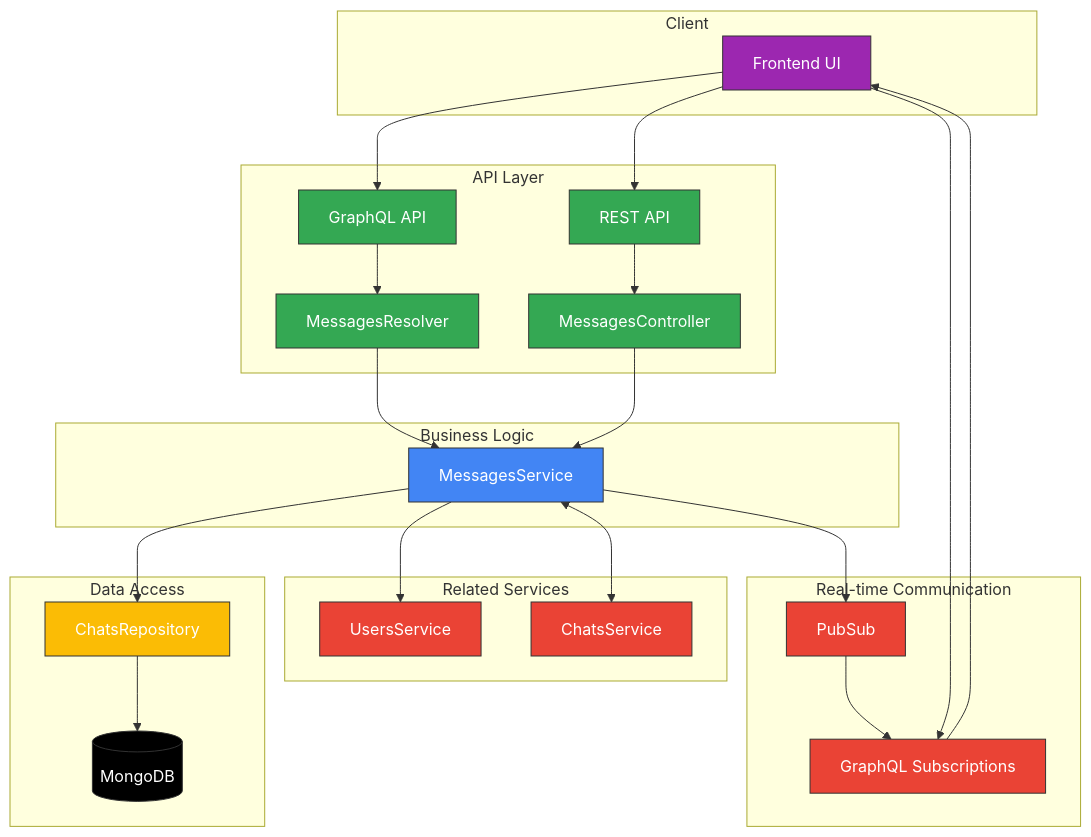
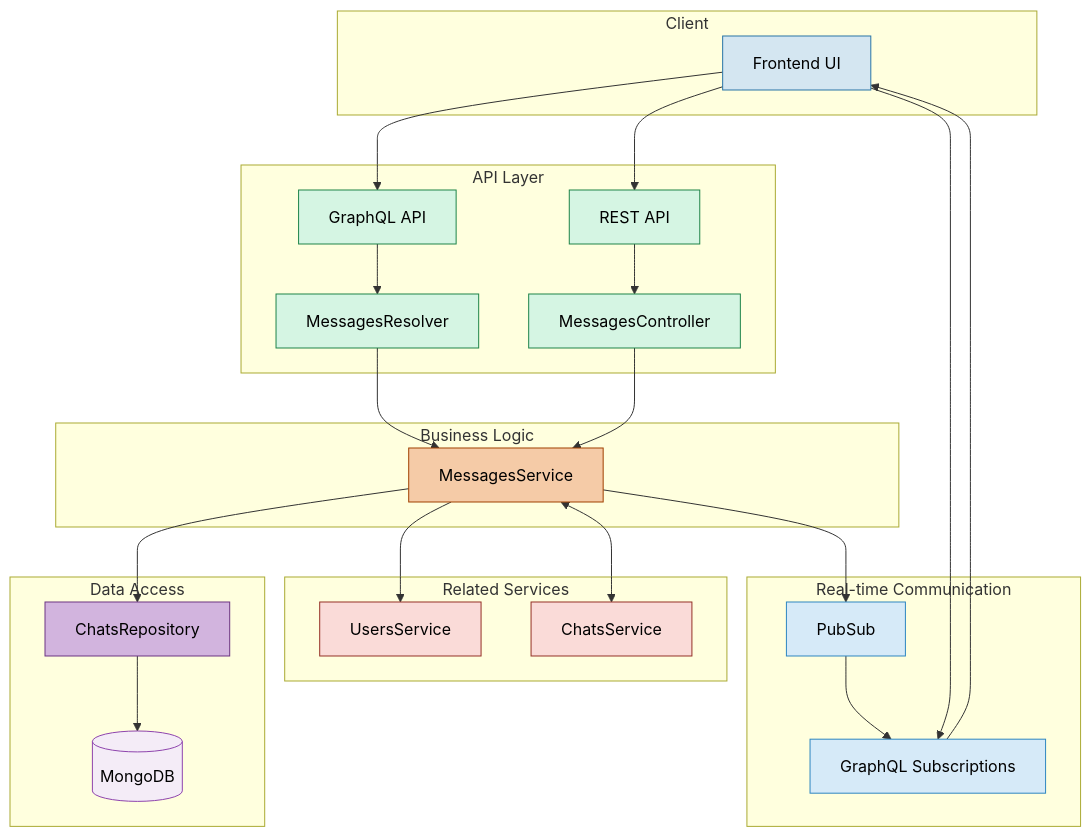
One commit to aniketdebnath/apollo-chat changed the diagram in docs/core/messages.md. Above: the diagram before and after it, drawn with Mermaid. The commit also changed 10 other files, not shown here.

Commit message:
inconsistency in diagrams fixed, updated with high contrast fill color suitable for github dark mode

````diff
--- a/docs/core/messages.md
+++ b/docs/core/messages.md
@@ -19,72 +19,73 @@
 ```mermaid
 flowchart TD
     subgraph "Client"
         UI["Frontend UI"]
     end
 
     subgraph "API Layer"
         GQL["GraphQL API"]
         REST["REST API"]
         MR["MessagesResolver"]
         MC["MessagesController"]
     end
 
     subgraph "Business Logic"
         MS["MessagesService"]
     end
 
     subgraph "Data Access"
         CRepo["ChatsRepository"]
         DB[(MongoDB)]
     end
 
     subgraph "Related Services"
         US["UsersService"]
         CS["ChatsService"]
     end
 
     subgraph "Real-time Communication"
         PS["PubSub"]
         SUB["GraphQL Subscriptions"]
     end
 
     %% Client to API
     UI --> GQL
     UI --> REST
     UI --> SUB
 
     %% API to Service
     GQL --> MR
     REST --> MC
     MR --> MS
     MC --> MS
 
     %% Service to Repository
     MS --> CRepo
     CRepo --> DB
 
     %% Service to Related Services
     MS --> US
     MS <--> CS
 
     %% Real-time flow
     MS --> PS
     PS --> SUB
     SUB --> UI
 
     %% Styles
-    classDef primary fill:#4285F4,stroke:#333,stroke-width:1px,color:white
-    classDef secondary fill:#34A853,stroke:#333,stroke-width:1px,color:white
-    classDef tertiary fill:#FBBC05,stroke:#333,stroke-width:1px,color:white
-    classDef quaternary fill:#EA4335,stroke:#333,stroke-width:1px,color:white
-    classDef client fill:#9C27B0,stroke:#333,stroke-width:1px,color:white
-    classDef db fill:#000000,stroke:#333,stroke-width:1px,color:white
+    classDef client fill:#D4E6F1,stroke:#2874A6,stroke-width:1px,color:#000;
+    classDef api fill:#D5F5E3,stroke:#1E8449,stroke-width:1px,color:#000;
+    classDef service fill:#F5CBA7,stroke:#A04000,stroke-width:1px,color:#000;
+    classDef repo fill:#D2B4DE,stroke:#6C3483,stroke-width:1px,color:#000;
+    classDef related fill:#FADBD8,stroke:#943126,stroke-width:1px,color:#000;
+    classDef realtime fill:#D6EAF8,stroke:#2E86C1,stroke-width:1px,color:#000;
+    classDef db fill:#F4ECF7,stroke:#8E44AD,stroke-width:1px,color:#000;
 
     class UI client
-    class GQL,REST,MR,MC secondary
-    class MS primary
-    class CRepo tertiary
-    class US,CS quaternary
-    class PS,SUB quaternary
+    class GQL,REST,MR,MC api
+    class MS service
+    class CRepo repo
+    class US,CS related
+    class PS,SUB realtime
     class DB db
 ```
````
